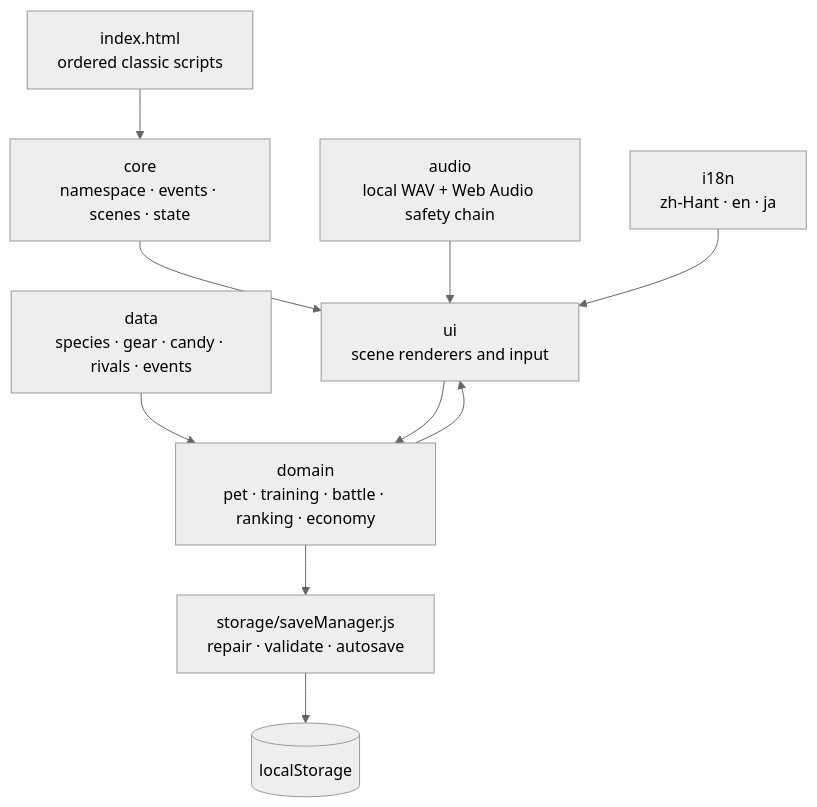
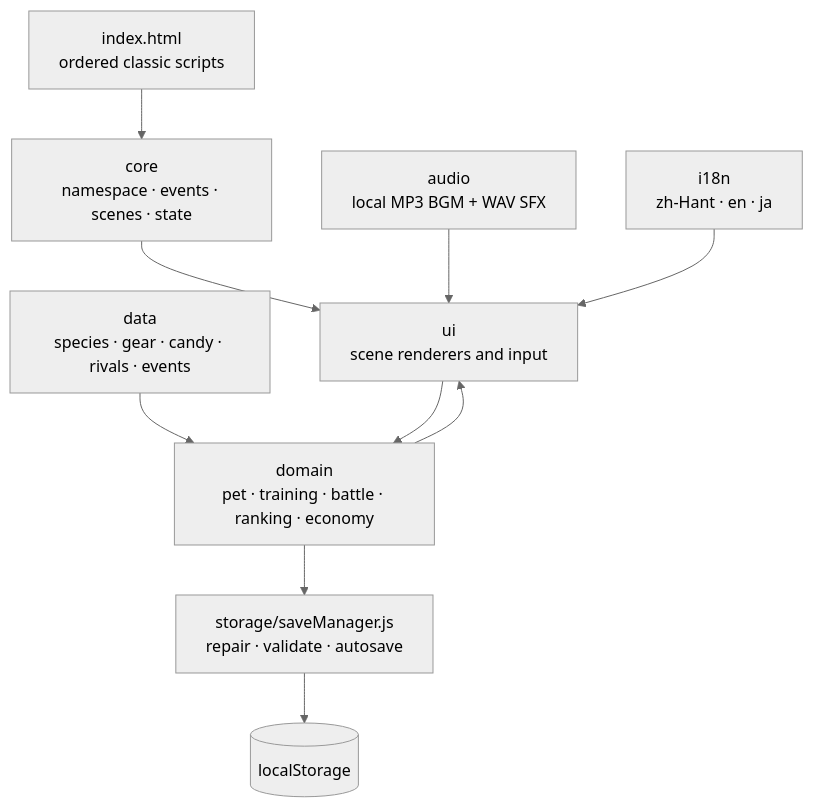
Before and after one commit to weipan84578/Games_Workshop: the second of 6 diagrams in Pet_Simulation_Game/README.md, drawn with Mermaid (neutral theme). The commit also changed other lines of this file and 38 other files, not shown here.

````diff
--- a/Pet_Simulation_Game/README.md
+++ b/Pet_Simulation_Game/README.md
@@ -221,12 +228,12 @@
 ```mermaid
 flowchart TD
     HTML[index.html<br>ordered classic scripts] --> Core[core<br>namespace · events · scenes · state]
     Data[data<br>species · gear · candy · rivals · events] --> Domain
     Core --> UI[ui<br>scene renderers and input]
     UI --> Domain[domain<br>pet · training · battle · ranking · economy]
     Domain --> Save[storage/saveManager.js<br>repair · validate · autosave]
     Save --> Local[(localStorage)]
     Domain --> UI
-    Audio[audio<br>local WAV + Web Audio safety chain] --> UI
+    Audio[audio<br>local MP3 BGM + WAV SFX] --> UI
     I18n[i18n<br>zh-Hant · en · ja] --> UI
 ```
````
